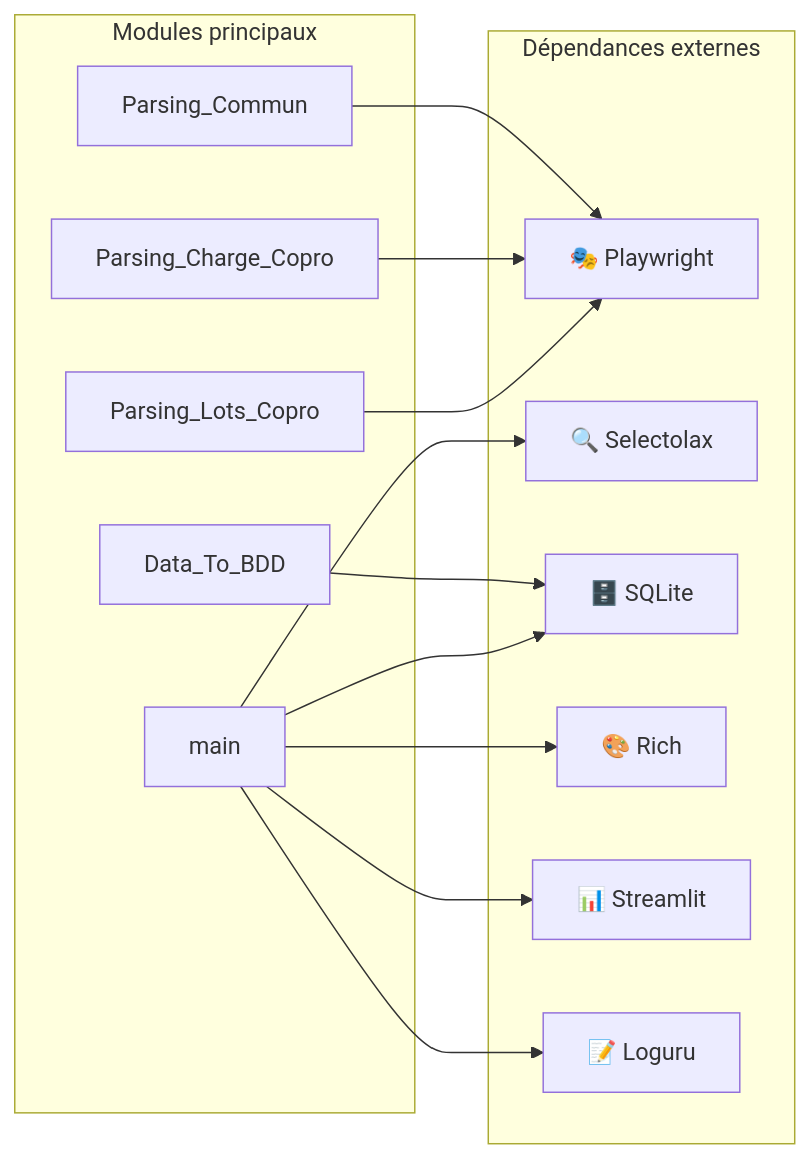
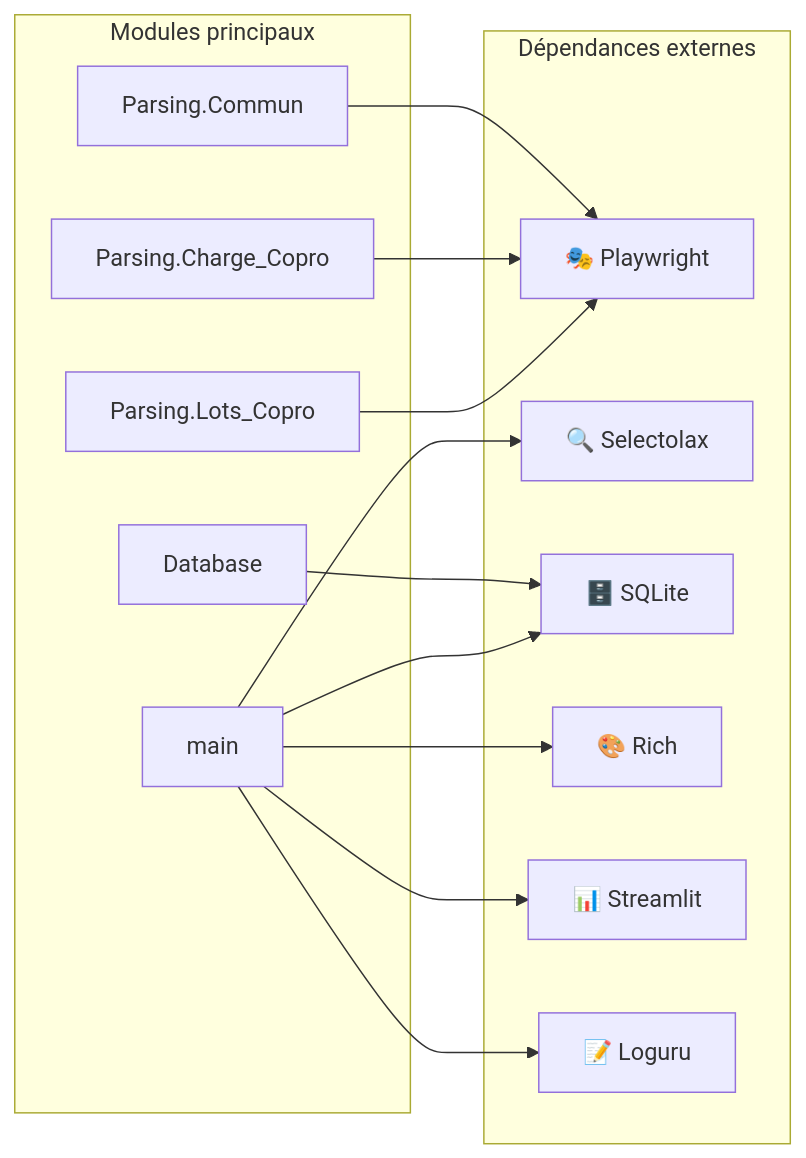
Before and after one commit to therealcorwin/CPTCOPRO: the fourth of 6 diagrams in reports/call_graph.md, drawn with Mermaid. The commit also changed other lines of this file and 35 other files, not shown here.

````diff
--- a/reports/call_graph.md
+++ b/reports/call_graph.md
@@ -267,29 +310,29 @@
 ```mermaid
 flowchart LR
     subgraph Core["Modules principaux"]
         main
-        PC["Parsing_Commun"]
-        PCC["Parsing_Charge_Copro"]
-        PLC["Parsing_Lots_Copro"]
-        DB["Data_To_BDD"]
+        PC["Parsing.Commun"]
+        PCC["Parsing.Charge_Copro"]
+        PLC["Parsing.Lots_Copro"]
+        DB["Database"]
     end
     
     subgraph External["Dépendances externes"]
         playwright["🎭 Playwright"]
         selectolax["🔍 Selectolax"]
         sqlite["🗄️ SQLite"]
         rich["🎨 Rich"]
         streamlit["📊 Streamlit"]
         loguru["📝 Loguru"]
     end
     
     PC --> playwright
     PCC --> playwright
     PLC --> playwright
     DB --> sqlite
     main --> selectolax
     main --> sqlite
     main --> rich
     main --> streamlit
     main --> loguru
 ```
````
